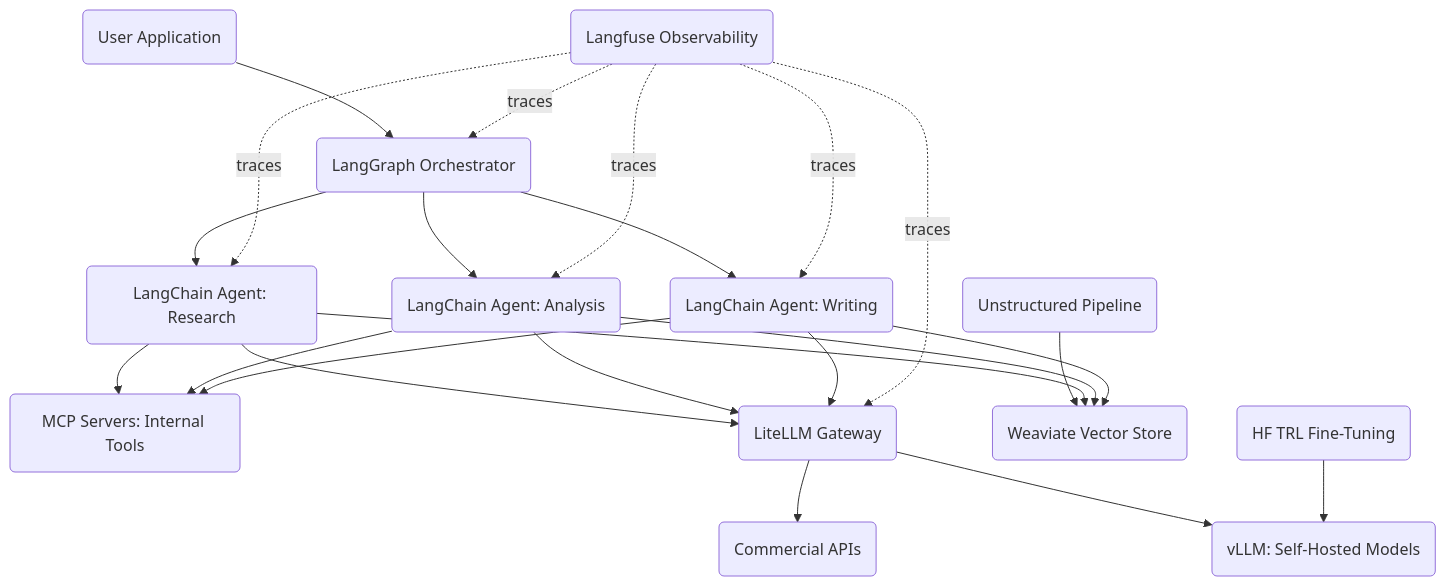
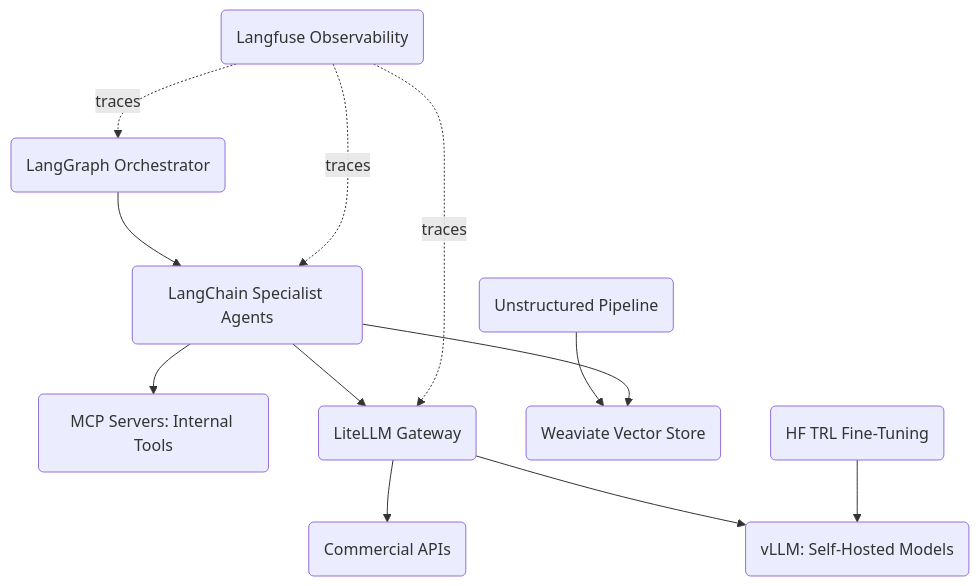
The diagram in blog/content/guides/enterprise-agentic-pipeline/configuration.md (Lyd1aCla1r3/lyd1acla1r3.github.io), drawn with Mermaid before and after one commit. The commit also changed other lines of this file and 243 other files, not shown here.

````diff
--- a/blog/content/guides/enterprise-agentic-pipeline/configuration.md
+++ b/blog/content/guides/enterprise-agentic-pipeline/configuration.md
@@ -17,25 +28,14 @@
 ```mermaid
 graph TD
-    App("User Application") --> LG("LangGraph Orchestrator")
-    LG --> Agent1("LangChain Agent: Research")
-    LG --> Agent2("LangChain Agent: Analysis")
-    LG --> Agent3("LangChain Agent: Writing")
-    Agent1 --> MCP("MCP Servers: Internal Tools")
-    Agent2 --> MCP
-    Agent3 --> MCP
-    Agent1 --> LiteLLM("LiteLLM Gateway")
-    Agent2 --> LiteLLM
-    Agent3 --> LiteLLM
+    LG("LangGraph Orchestrator") --> Agents("LangChain Specialist Agents")
+    Agents --> MCP("MCP Servers: Internal Tools")
+    Agents --> LiteLLM("LiteLLM Gateway")
     LiteLLM --> Commercial("Commercial APIs")
     LiteLLM --> vLLM("vLLM: Self-Hosted Models")
     Unstructured("Unstructured Pipeline") --> Weaviate("Weaviate Vector Store")
-    Agent1 --> Weaviate
-    Agent2 --> Weaviate
-    Agent3 --> Weaviate
+    Agents --> Weaviate
     TRL("HF TRL Fine-Tuning") --> vLLM
     Langfuse("Langfuse Observability") -. traces .-> LG
     Langfuse -. traces .-> LiteLLM
-    Langfuse -. traces .-> Agent1
-    Langfuse -. traces .-> Agent2
-    Langfuse -. traces .-> Agent3
+    Langfuse -. traces .-> Agents
 ```
````
